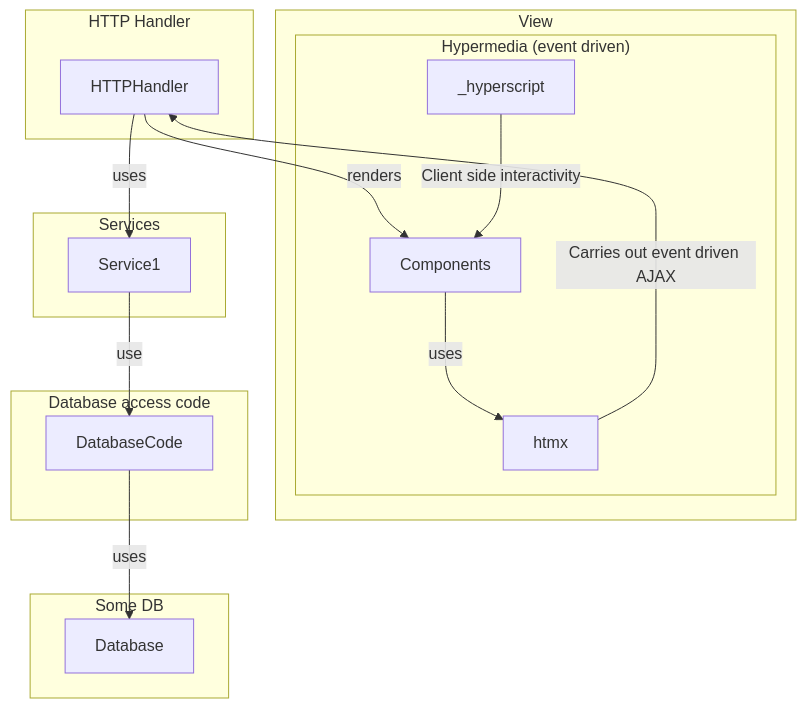
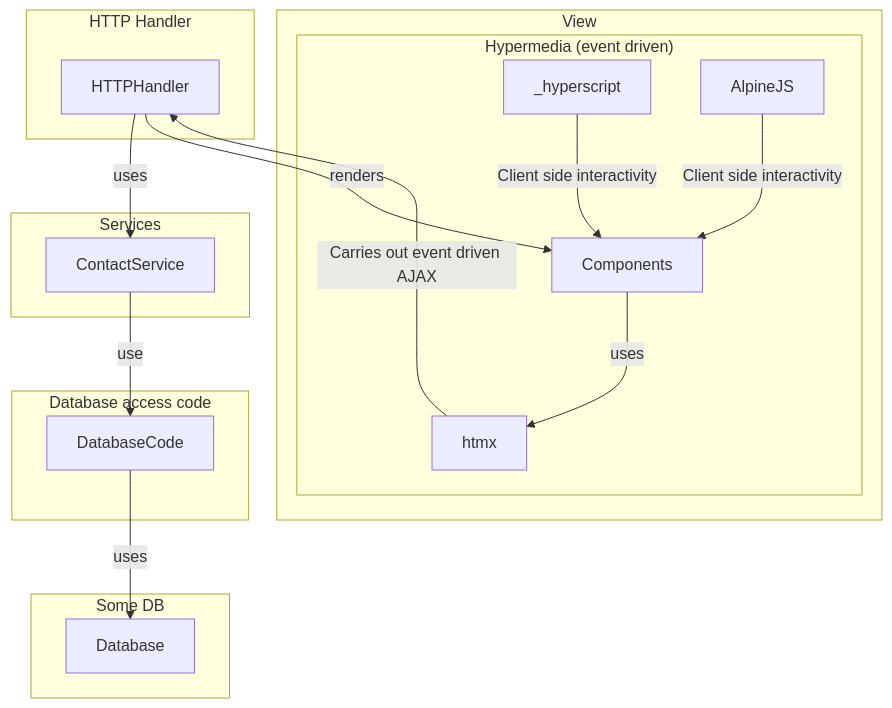
The diagram in ARCHITECTURE.md (lloydlobo/go-echo-htmx), drawn with Mermaid before and after one commit. The commit also changed 3 other files, not shown here.

````diff
--- a/ARCHITECTURE.md
+++ b/ARCHITECTURE.md
@@ -40,52 +40,53 @@
 ```mermaid
 graph TD
     %% Processes HTTP requests
     %% Does not contain application logic itself
     %% Uses services that carry out application logic
     %% Takes the responses from services and uses components to render HTML
     %% Creates HTTP responses
     subgraph "HTTP Handler"
         HTTPHandler
     end
 
-    HTTPHandler -->|uses| Service1
+    HTTPHandler -->|uses| ContactService
     HTTPHandler -->|renders| Components
 
     subgraph "View"
         Components -->| uses| htmx
         subgraph "Hypermedia (event driven)"
             _hyperscript -->|Client side interactivity| Components
+            AlpineJS -->|Client side interactivity| Components
             htmx -->|Carries out event driven AJAX| HTTPHandler
         end
     end
 
 
     %% Carries out application logic such as orchestrating API calls, or making database calls
     %% Does not do anything related to HTML or HTTP
     %% Is not aware of the specifics of database calls
     subgraph "Services"
-        Service1
+        ContactService
         %% Service2 -->|Carries out application logic| DatabaseCode
     end
 
     %% Handles database activity such as inserting and querying records
     %% Ensures that the database representation (records) doesn't leak to the service layer
     subgraph "Database access code"
-        Service1 --> |use| DatabaseCode
+        ContactService --> |use| DatabaseCode
         %% Service2 -->|Carries out application logic| DatabaseCode
     end
 
     %% subgraph "Models"
     %%     DatabaseCode -->|use| Contact
     %% end
 
     DatabaseCode -->|uses| SQLite
 
     subgraph "Some DB"
         SQLite[Database]
     end
 
     %% A more complex application may have a models package containing plain structs that represent common data structures in the application, such as User.
 
     %% As per https://go.dev/wiki/CodeReviewComments#interfaces the HTTP handler defines the interface that it's expecting, rather than the service defining its own interface.
 ```
````
